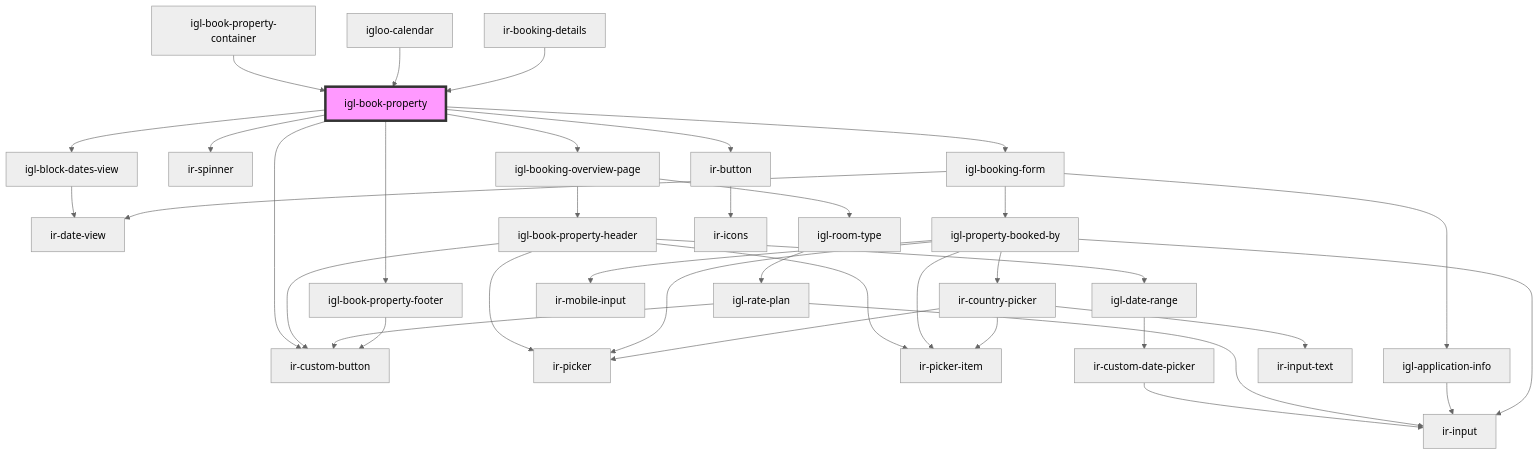
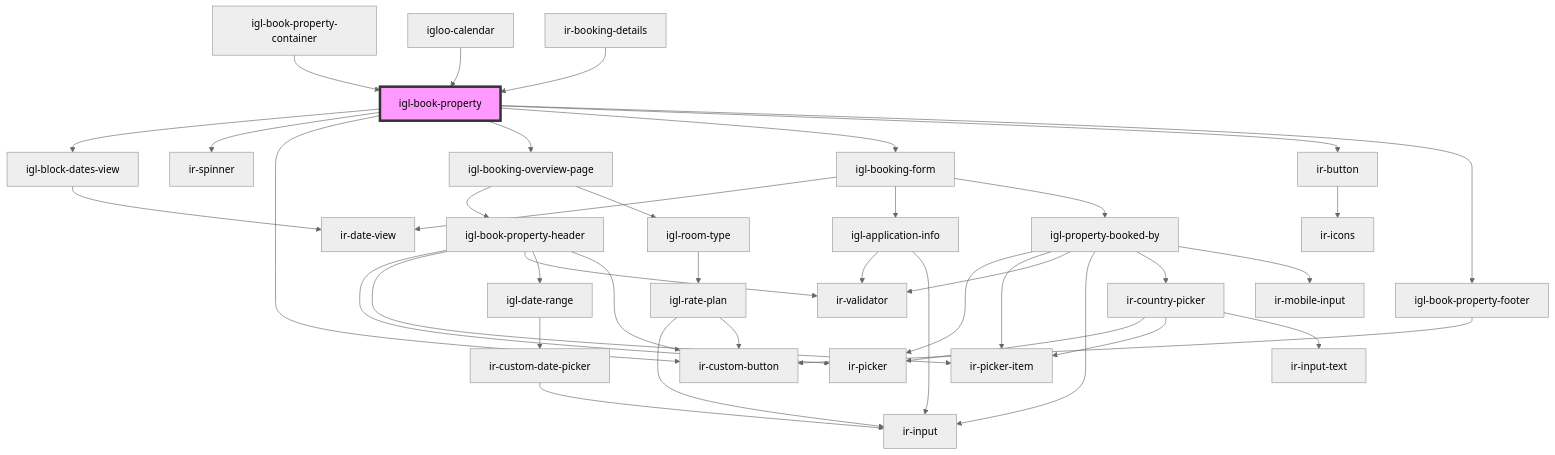
One commit to RonyRizk/ir-webcmp changed the diagram in src/components/igloo-calendar/igl-book-property/readme.md. Above: the diagram before and after it, drawn with Mermaid (neutral theme). The commit also changed 30 other files, not shown here.

````diff
--- a/src/components/igloo-calendar/igl-book-property/readme.md
+++ b/src/components/igloo-calendar/igl-book-property/readme.md
@@ -53,40 +53,43 @@
 ```mermaid
 graph TD;
   igl-book-property --> igl-block-dates-view
   igl-book-property --> ir-spinner
   igl-book-property --> ir-custom-button
   igl-book-property --> igl-booking-overview-page
   igl-book-property --> igl-booking-form
   igl-book-property --> ir-button
   igl-book-property --> igl-book-property-footer
   igl-block-dates-view --> ir-date-view
   igl-booking-overview-page --> igl-book-property-header
   igl-booking-overview-page --> igl-room-type
   igl-book-property-header --> ir-picker
   igl-book-property-header --> ir-picker-item
+  igl-book-property-header --> ir-validator
+  igl-book-property-header --> igl-date-range
   igl-book-property-header --> ir-custom-button
-  igl-book-property-header --> igl-date-range
   igl-date-range --> ir-custom-date-picker
   ir-custom-date-picker --> ir-input
   igl-room-type --> igl-rate-plan
   igl-rate-plan --> ir-input
   igl-rate-plan --> ir-custom-button
   igl-booking-form --> ir-date-view
   igl-booking-form --> igl-application-info
   igl-booking-form --> igl-property-booked-by
+  igl-application-info --> ir-validator
   igl-application-info --> ir-input
   igl-property-booked-by --> ir-picker
   igl-property-booked-by --> ir-picker-item
+  igl-property-booked-by --> ir-validator
   igl-property-booked-by --> ir-input
   igl-property-booked-by --> ir-country-picker
   igl-property-booked-by --> ir-mobile-input
   ir-country-picker --> ir-picker
   ir-country-picker --> ir-picker-item
   ir-country-picker --> ir-input-text
   ir-button --> ir-icons
   igl-book-property-footer --> ir-custom-button
   igl-book-property-container --> igl-book-property
   igloo-calendar --> igl-book-property
   ir-booking-details --> igl-book-property
   style igl-book-property fill:#f9f,stroke:#333,stroke-width:4px
 ```
````
